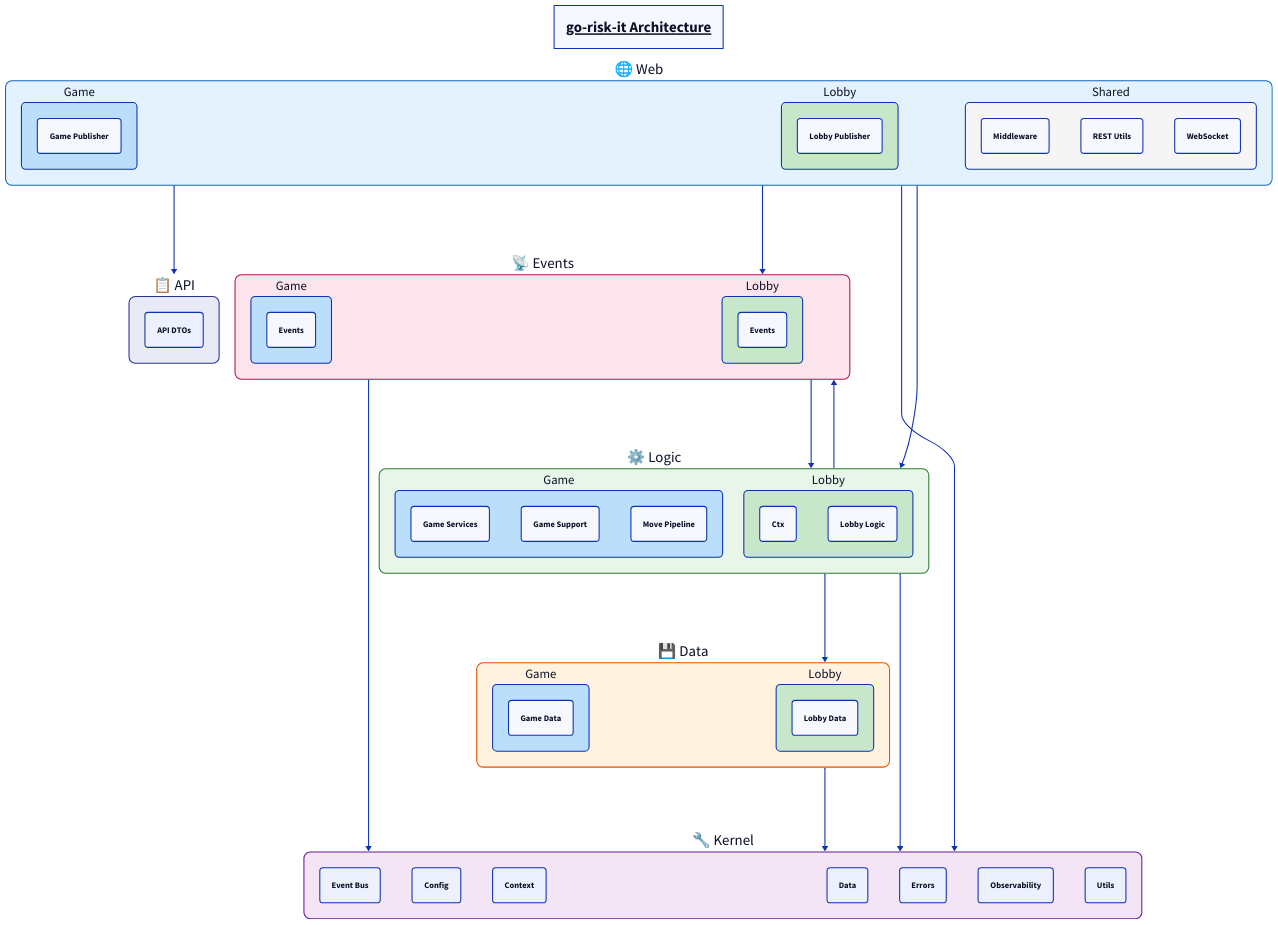
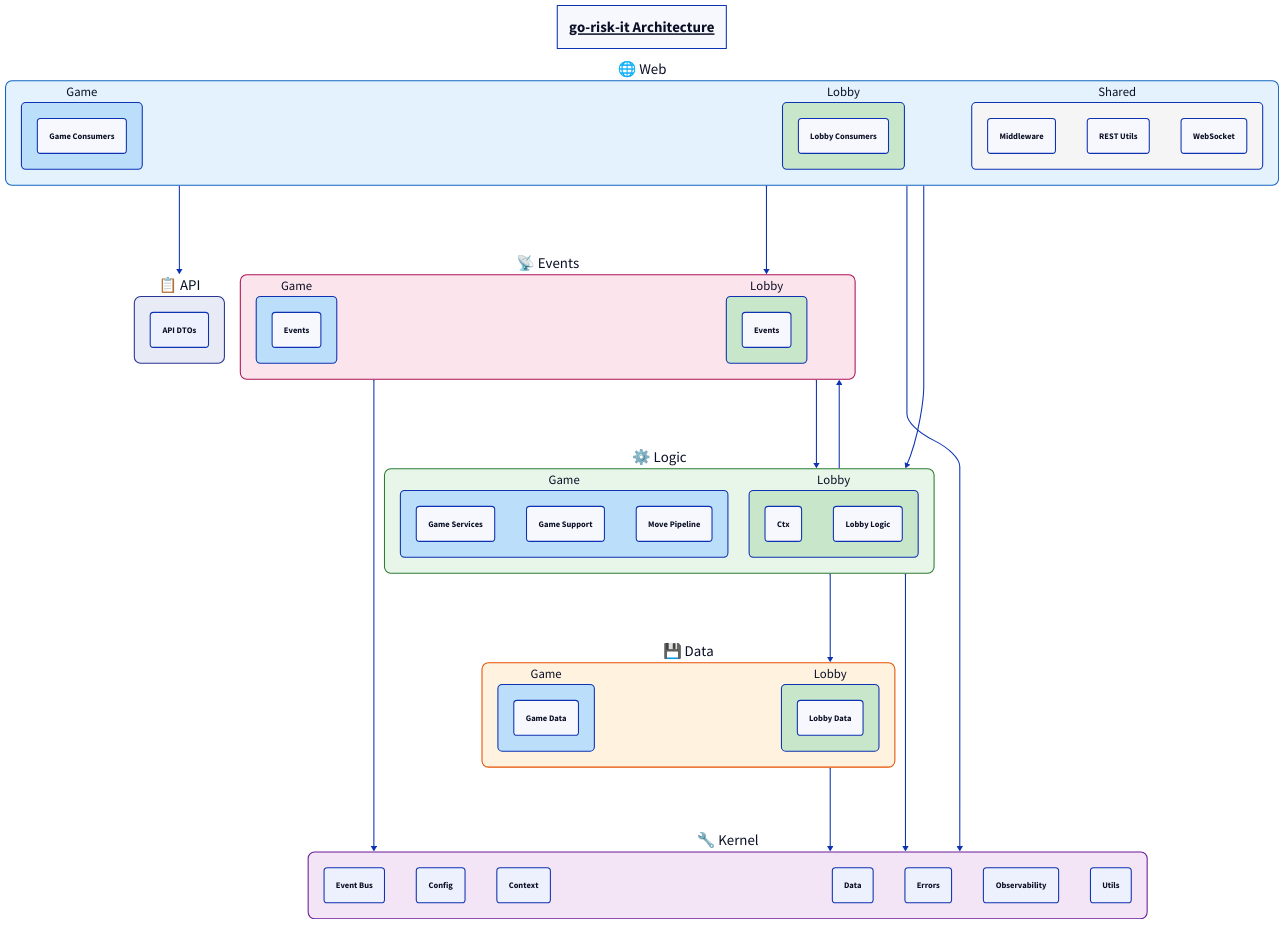
One commit to go-risk-it/go-risk-it changed the diagram in docs/architecture-diagram.d2. Above: the diagram before and after it, drawn with D2. The commit also changed 79 other files, not shown here.

```diff
--- a/docs/architecture-diagram.d2
+++ b/docs/architecture-diagram.d2
@@ -1,160 +1,160 @@
 # Architecture diagram — auto-generated by cmd/archdiagram.
 # Do not edit manually; run 'make diagrams' to regenerate.
 
 title: go-risk-it Architecture {
   near: top-center
   style.font-size: 28
   style.underline: true
 }
 
 direction: down
 
 api: "📋 API" {
   style.fill: "#E8EAF6"
   style.stroke: "#283593"
   style.border-radius: 12
   api_dtos: "API DTOs" {
     style.border-radius: 6
   }
 }
 
 web: "🌐 Web" {
   style.fill: "#E3F2FD"
   style.stroke: "#1565C0"
   style.border-radius: 12
   game: "Game" {
     style.fill: "#BBDEFB"
     style.border-radius: 8
-    game_publisher: "Game Publisher" {
+    game_consumers: "Game Consumers" {
       style.border-radius: 6
     }
   }
   lobby: "Lobby" {
     style.fill: "#C8E6C9"
     style.border-radius: 8
-    lobby_publisher: "Lobby Publisher" {
+    lobby_consumers: "Lobby Consumers" {
       style.border-radius: 6
     }
   }
   shared: "Shared" {
     style.fill: "#F5F5F5"
     style.border-radius: 8
     middleware: "Middleware" {
       style.border-radius: 6
     }
     rest_utils: "REST Utils" {
       style.border-radius: 6
     }
     websocket: "WebSocket" {
       style.border-radius: 6
     }
   }
 }
 
 events: "📡 Events" {
   style.fill: "#FCE4EC"
   style.stroke: "#AD1457"
   style.border-radius: 12
   game: "Game" {
     style.fill: "#BBDEFB"
     style.border-radius: 8
     game_events: "Events" {
       style.border-radius: 6
     }
   }
   lobby: "Lobby" {
     style.fill: "#C8E6C9"
     style.border-radius: 8
     lobby_events: "Events" {
       style.border-radius: 6
     }
   }
 }
 
 logic: "⚙️ Logic" {
   style.fill: "#E8F5E9"
   style.stroke: "#2E7D32"
   style.border-radius: 12
   game: "Game" {
     style.fill: "#BBDEFB"
     style.border-radius: 8
     game_services: "Game Services" {
       style.border-radius: 6
     }
     game_support: "Game Support" {
       style.border-radius: 6
     }
     move_pipeline: "Move Pipeline" {
       style.border-radius: 6
     }
   }
   lobby: "Lobby" {
     style.fill: "#C8E6C9"
     style.border-radius: 8
     lobby_ctx: "Ctx" {
       style.border-radius: 6
     }
     lobby_logic: "Lobby Logic" {
       style.border-radius: 6
     }
   }
 }
 
 data: "💾 Data" {
   style.fill: "#FFF3E0"
   style.stroke: "#E65100"
   style.border-radius: 12
   game: "Game" {
     style.fill: "#BBDEFB"
     style.border-radius: 8
     game_data: "Game Data" {
       style.border-radius: 6
     }
   }
   lobby: "Lobby" {
     style.fill: "#C8E6C9"
     style.border-radius: 8
     lobby_data: "Lobby Data" {
       style.border-radius: 6
     }
   }
 }
 
 kernel: "🔧 Kernel" {
   style.fill: "#F3E5F5"
   style.stroke: "#6A1B9A"
   style.border-radius: 12
   kernel_bus: "Event Bus" {
     style.border-radius: 6
   }
   kernel_config: "Config" {
     style.border-radius: 6
   }
   kernel_ctx: "Context" {
     style.border-radius: 6
   }
   kernel_data: "Data" {
     style.border-radius: 6
   }
   kernel_errors: "Errors" {
     style.border-radius: 6
   }
   kernel_observability: "Observability" {
     style.border-radius: 6
   }
   kernel_utils: "Utils" {
     style.border-radius: 6
   }
 }
 
 # Cross-layer dependencies (container-to-container)
 data -> kernel
 events -> kernel
 events -> logic
 logic -> data
 logic -> events
 logic -> kernel
 web -> api
 web -> events
 web -> kernel
 web -> logic
```
